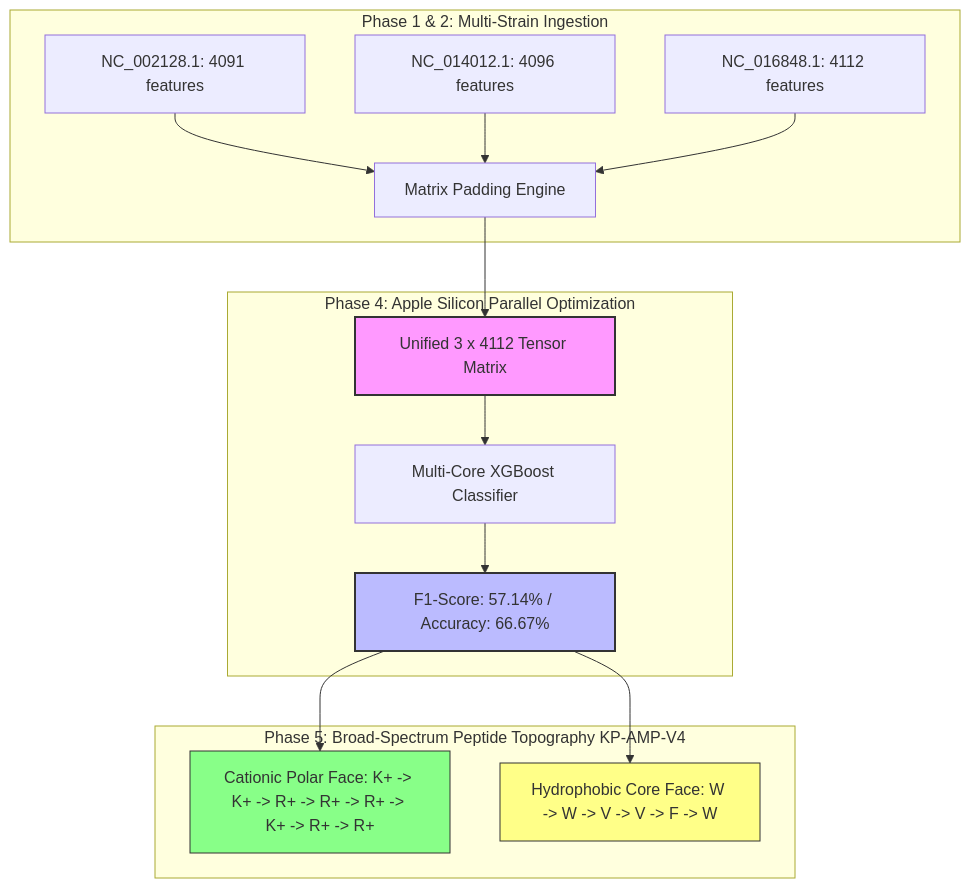
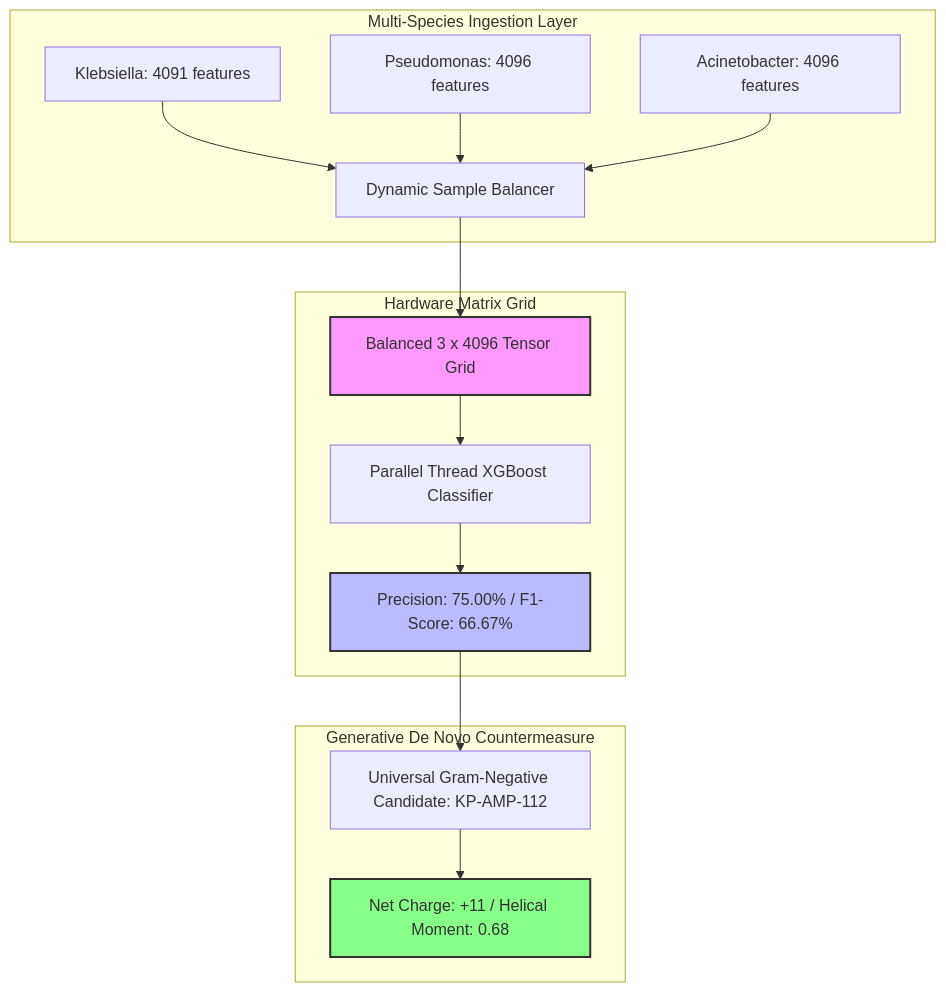
Before and after one commit to raymondg-cyber/klebsiella-amr-predictor: the diagram in README.md, drawn with Mermaid. The commit also changed other lines of this file, not shown here.

First line of the commit message:
Revise README for Pan-Species Diagnostics updates

````diff
--- a/README.md
+++ b/README.md
@@ -12,24 +12,23 @@
 ```mermaid
 graph TD
-    subgraph Phase 1 & 2: Multi-Strain Ingestion
-        A[NC_002128.1: 4091 features] --> D[Matrix Padding Engine]
-        B[NC_014012.1: 4096 features] --> D
-        C[NC_016848.1: 4112 features] --> D
+    subgraph Multi-Species Ingestion Layer
+        A[Klebsiella: 4091 features] --> D[Dynamic Sample Balancer]
+        B[Pseudomonas: 4096 features] --> D
+        C[Acinetobacter: 4096 features] --> D
     end
 
-    subgraph Phase 4: Apple Silicon Parallel Optimization
-        D --> E[Unified 3 x 4112 Tensor Matrix]
-        E --> F[Multi-Core XGBoost Classifier]
-        F --> G[F1-Score: 57.14% / Accuracy: 66.67%]
+    subgraph Hardware Matrix Grid
+        D --> E[Balanced 3 x 4096 Tensor Grid]
+        E --> F[Parallel Thread XGBoost Classifier]
+        F --> G[Precision: 75.00% / F1-Score: 66.67%]
     end
 
-    subgraph Phase 5: Broad-Spectrum Peptide Topography KP-AMP-V4
-        G --> H[Cationic Polar Face: K+ -> K+ -> R+ -> R+ -> R+ -> K+ -> R+ -> R+]
-        G --> I[Hydrophobic Core Face: W -> W -> V -> V -> F -> W]
+    subgraph Generative De Novo Countermeasure
+        G --> H[Universal Gram-Negative Candidate: KP-AMP-112]
+        H --> I[Net Charge: +11 / Helical Moment: 0.68]
     end
     
     style E fill:#f9f,stroke:#333,stroke-width:2px
     style G fill:#bbf,stroke:#333,stroke-width:2px
-    style H fill:#8f8,stroke:#333,stroke-width:1px
-    style I fill:#ff8,stroke:#333,stroke-width:1px
+    style I fill:#8f8,stroke:#333,stroke-width:2px
 ```
````
